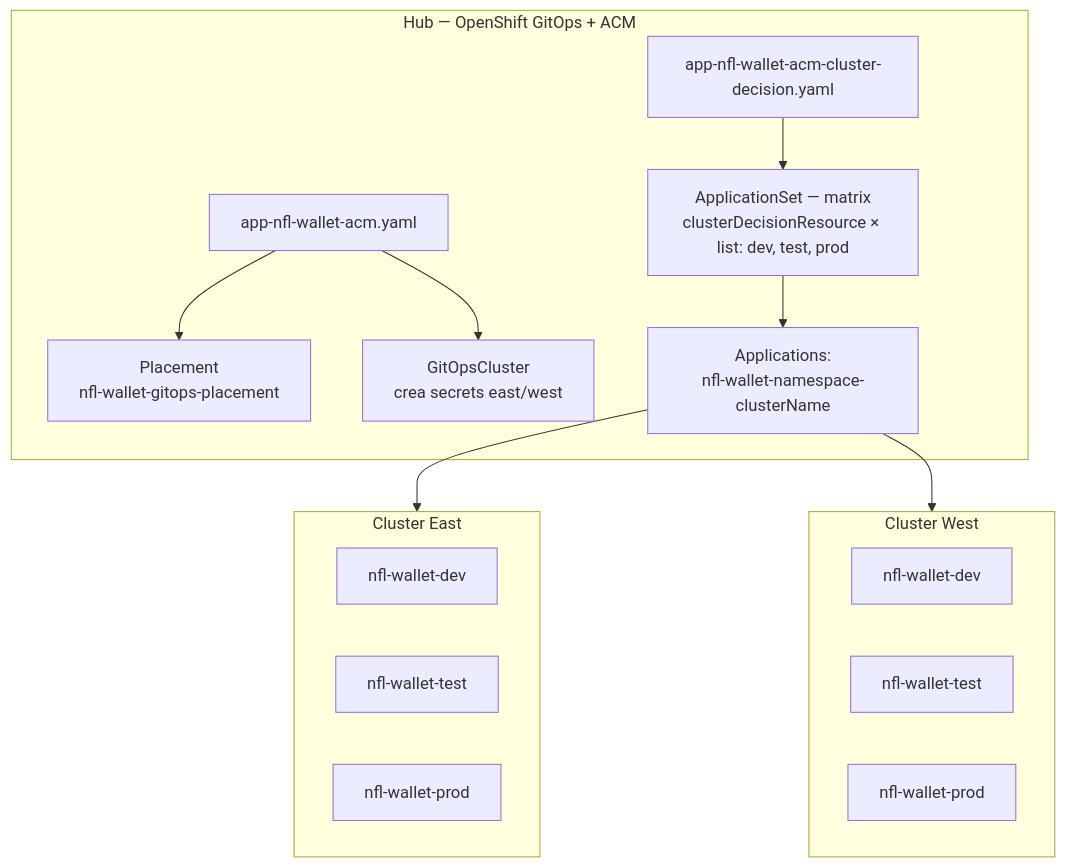
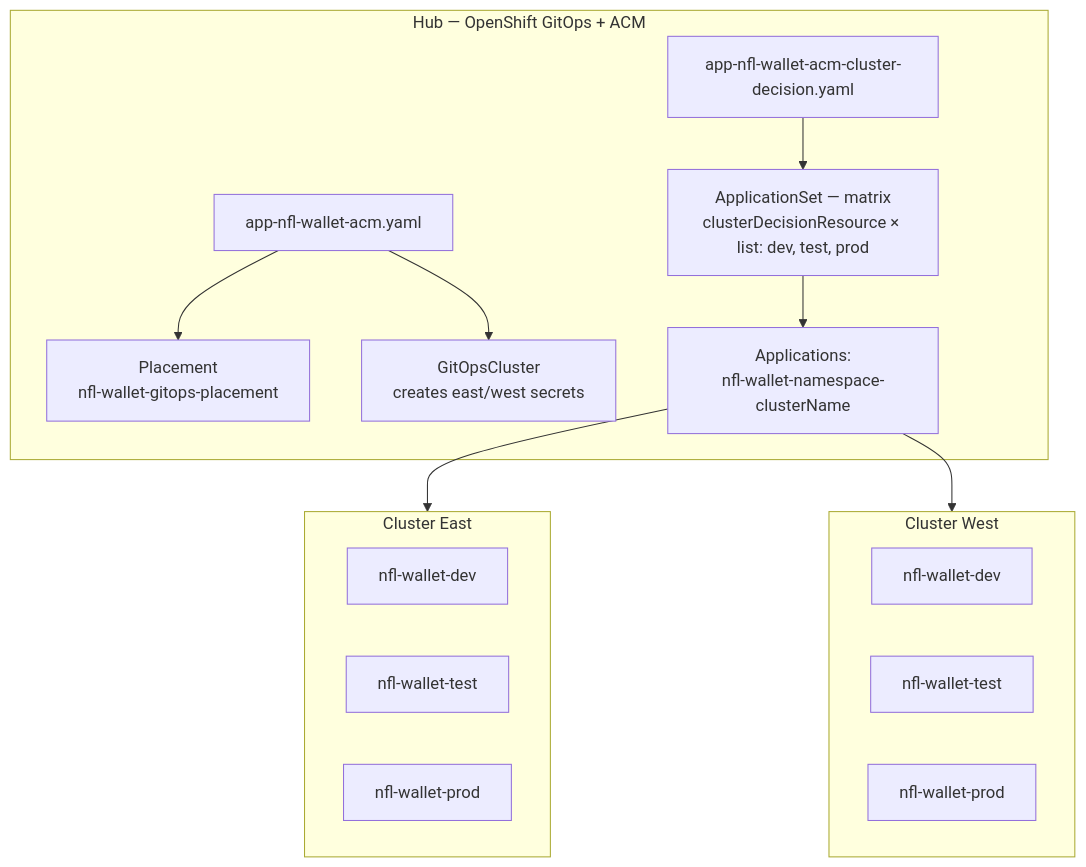
Before and after one commit to maximilianoPizarro/stadium-wallet: the second of 4 diagrams in docs/index.md, drawn with Mermaid. The commit also changed other lines of this file and 11 other files, not shown here.

````diff
--- a/docs/index.md
+++ b/docs/index.md
@@ -170,31 +170,31 @@
 ```mermaid
 graph TD
     subgraph Hub["Hub — OpenShift GitOps + ACM"]
         ACM_YAML["app-nfl-wallet-acm.yaml"]
         Placement["Placement<br/>nfl-wallet-gitops-placement"]
-        GitOps["GitOpsCluster<br/>crea secrets east/west"]
+        GitOps["GitOpsCluster<br/>creates east/west secrets"]
         ACM_Decision["app-nfl-wallet-acm-cluster-decision.yaml"]
         AppSet["ApplicationSet — matrix<br/>clusterDecisionResource × list: dev, test, prod"]
         Apps["Applications:<br/>nfl-wallet-namespace-clusterName"]
 
         ACM_YAML --> Placement
         ACM_YAML --> GitOps
         ACM_Decision --> AppSet
         AppSet --> Apps
     end
 
     subgraph East["Cluster East"]
         E_Dev["nfl-wallet-dev"]
         E_Test["nfl-wallet-test"]
         E_Prod["nfl-wallet-prod"]
     end
 
     subgraph West["Cluster West"]
         W_Dev["nfl-wallet-dev"]
         W_Test["nfl-wallet-test"]
         W_Prod["nfl-wallet-prod"]
     end
 
     Apps --> East
     Apps --> West
 ```
````
